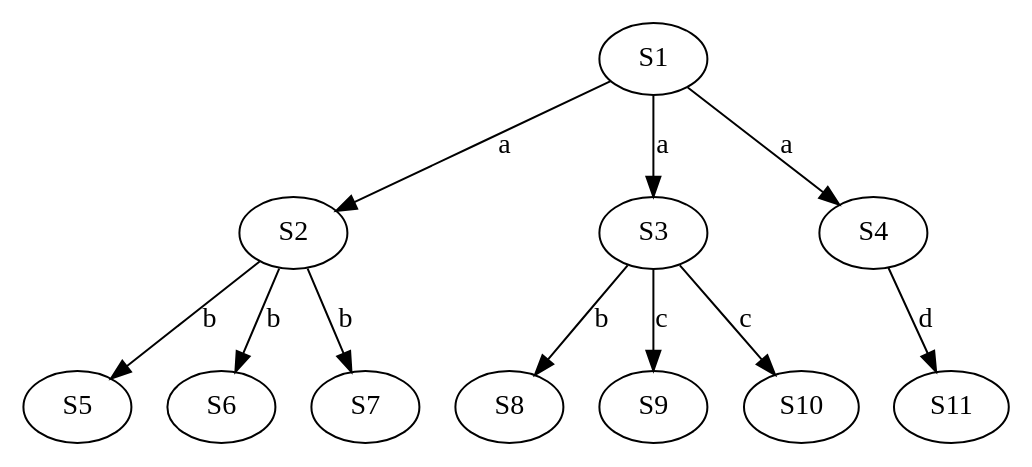
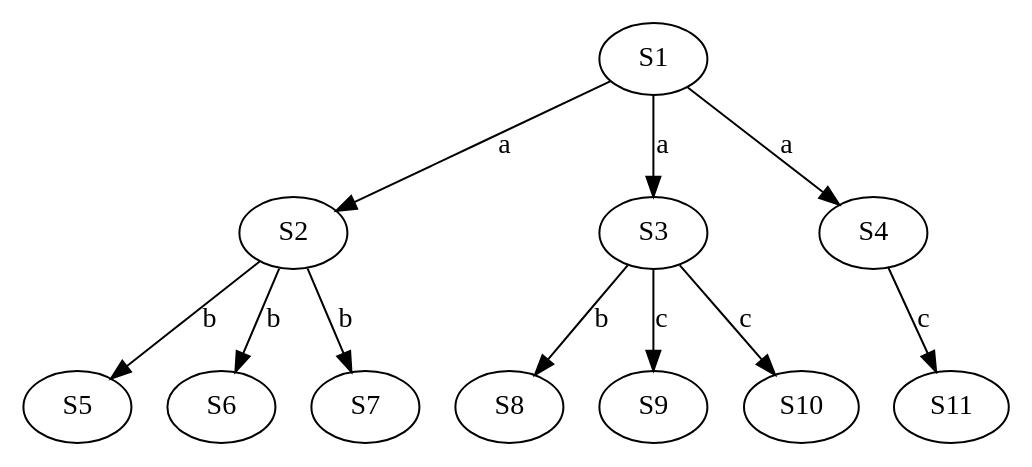
The diagram in graph/g6.dot (Kuanhao-Chao/Wheeler_Graph_Toolkit), drawn with Graphviz before and after one commit. The commit also changed 12 other files, not shown here.

```diff
--- a/graph/g6.dot
+++ b/graph/g6.dot
@@ -1,16 +1,15 @@
 // Repeat in each group. Correct version
 digraph g1 {
     S1 -> S2 [ label=a ];
     S1 -> S3 [ label=a ];
     S1 -> S4 [ label=a ];
 
     S2 -> S5 [ label=b ];
     S2 -> S6 [ label=b ];
     S2 -> S7 [ label=b ];
     S3 -> S8 [ label=b ];
 
     S3 -> S9 [ label=c ];
     S3 -> S10 [ label=c ];
-
-    S4 -> S11 [ label=d ];
+    S4 -> S11 [ label=c ];
 }
```
